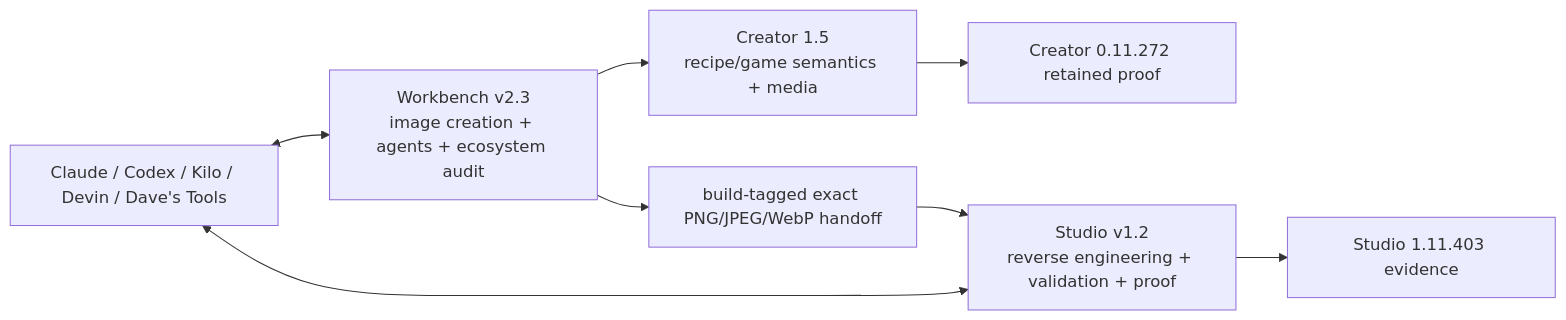
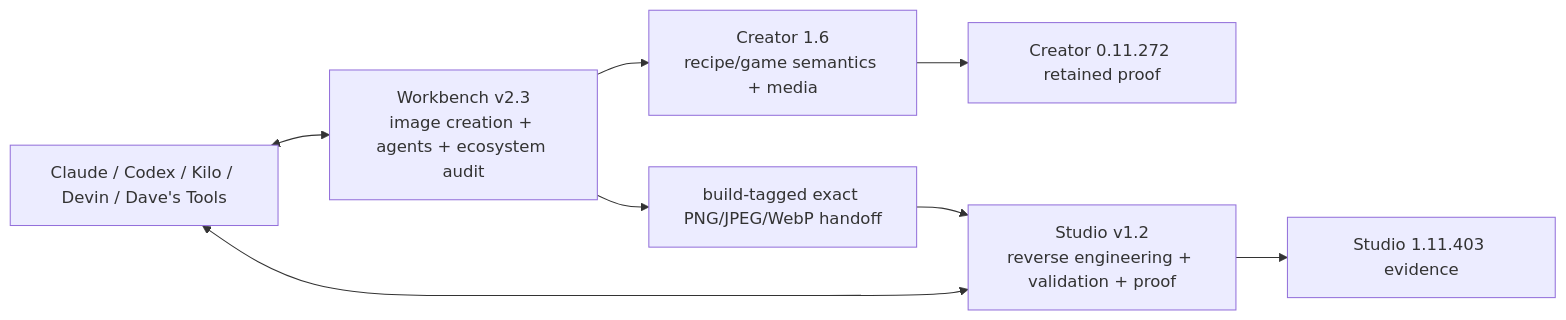
Before and after one commit to Ghenghis/Barros-Pizza-Creator: the second of 2 diagrams in README.md, drawn with Mermaid. The commit also changed other lines of this file and 99 other files, not shown here.

Commit message:
feat: ship Barros Creator 1.6 voice media and Unity lab

````diff
--- a/README.md
+++ b/README.md
@@ -182,10 +198,10 @@
 ```mermaid
 flowchart LR
-    W[Workbench v2.3\nimage creation + agents + ecosystem audit] --> C[Creator 1.5\nrecipe/game semantics + media]
+    W[Workbench v2.3\nimage creation + agents + ecosystem audit] --> C[Creator 1.6\nrecipe/game semantics + media]
     W --> H[build-tagged exact PNG/JPEG/WebP handoff]
     H --> S[Studio v1.2\nreverse engineering + validation + proof]
     C --> CP[Creator 0.11.272 retained proof]
     S --> SP[Studio 1.11.403 evidence]
     A[Claude / Codex / Kilo / Devin / Dave's Tools] <--> W
     A <--> S
 ```
````
